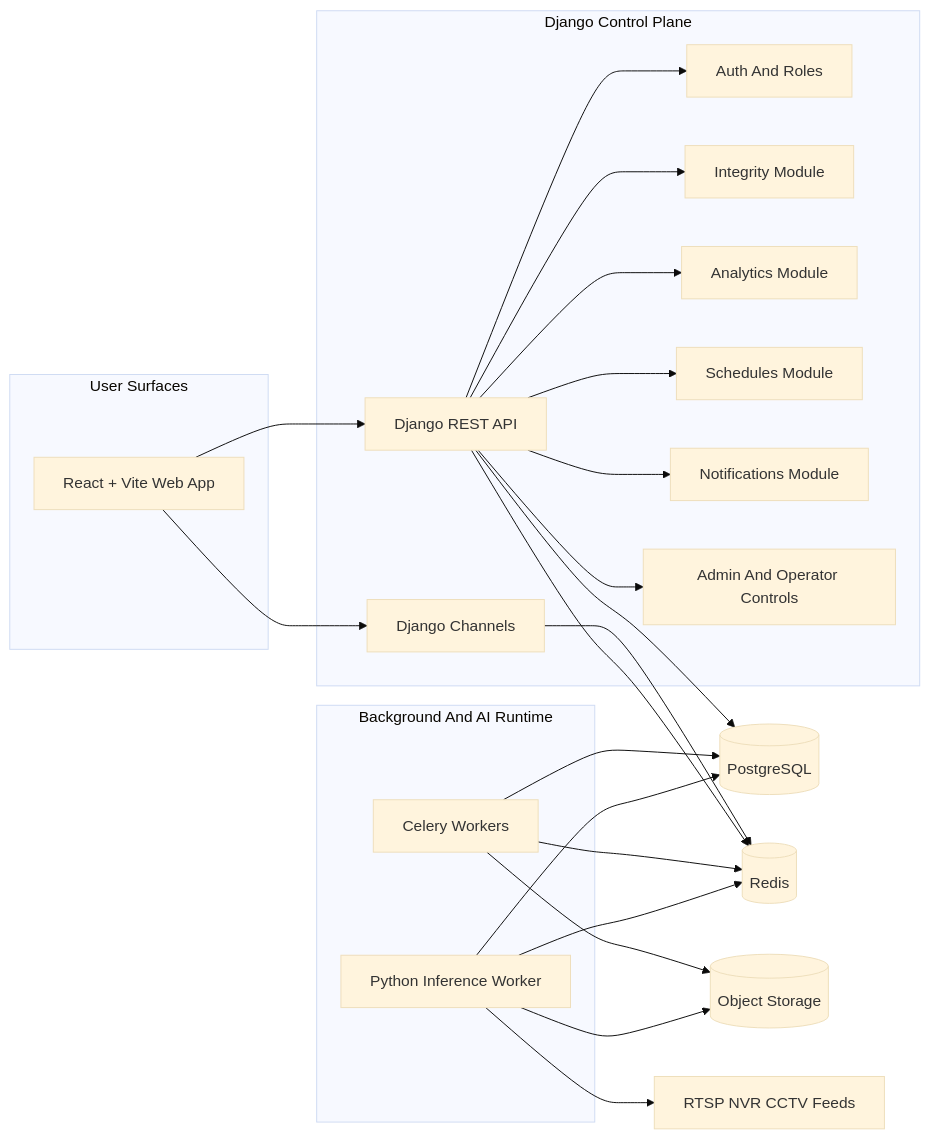
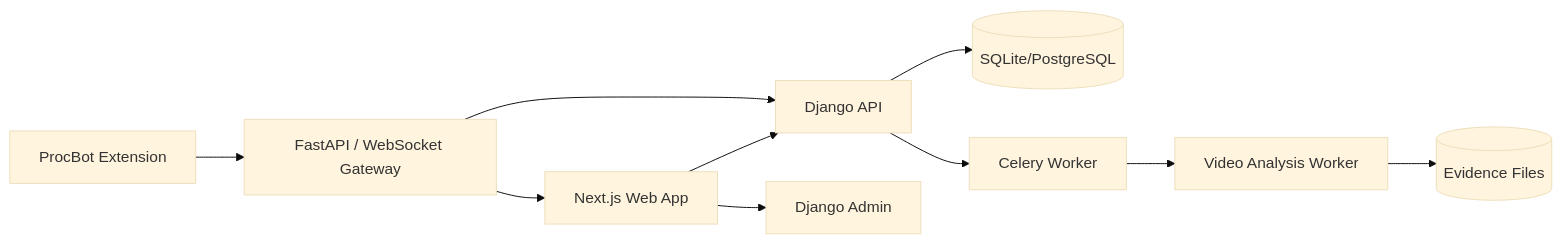
One commit to Hasib105/sightline changed the first of 3 diagrams in docs/product/03-system-architecture.md. Above: the diagram before and after it, drawn with Mermaid (base theme). The commit also changed other lines of this file and 22 other files, not shown here.

First line of the commit message:
feat: add student exams page with ProcBot monitoring and exam attempt submission

````diff
--- a/docs/product/03-system-architecture.md
+++ b/docs/product/03-system-architecture.md
@@ -50,48 +15,12 @@
 ```mermaid
 flowchart LR
-  subgraph UI[User Surfaces]
-    WEB[React + Vite Web App]
-  end
-
-  subgraph DJ[ Django Control Plane ]
-    API[Django REST API]
-    WS[Django Channels]
-    AUTH[Auth And Roles]
-    INT[Integrity Module]
-    ANL[Analytics Module]
-    SCH[Schedules Module]
-    NOTIF[Notifications Module]
-    OPS[Admin And Operator Controls]
-  end
-
-  subgraph BG[Background And AI Runtime]
-    CEL[Celery Workers]
-    INF[Python Inference Worker]
-  end
-
-  DB[(PostgreSQL)]
-  REDIS[(Redis)]
-  OBJ[(Object Storage)]
-  CAM[RTSP NVR CCTV Feeds]
-
-  WEB --> API
-  WEB --> WS
-
-  API --> AUTH
-  API --> INT
-  API --> ANL
-  API --> SCH
-  API --> NOTIF
-  API --> OPS
-
-  API --> DB
-  WS --> REDIS
-  API --> REDIS
-  CEL --> REDIS
-  CEL --> DB
-  CEL --> OBJ
-  INF --> CAM
-  INF --> OBJ
-  INF --> DB
-  INF --> REDIS
+  WEB[Next.js Web App] --> API[Django API]
+  WEB --> ADMIN[Django Admin]
+  API --> DB[(SQLite/PostgreSQL)]
+  API --> CEL[Celery Worker]
+  CEL --> INF[Video Analysis Worker]
+  INF --> OBJ[(Evidence Files)]
+  PB[ProcBot Extension] --> FAST[FastAPI / WebSocket Gateway]
+  FAST --> API
+  FAST --> WEB
 ```
````
